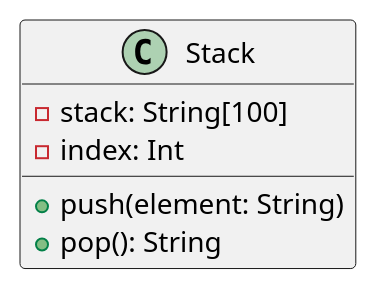
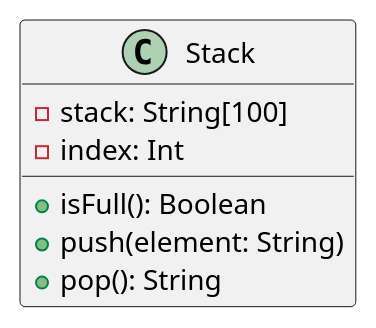
One commit to hslu-students/ad-exercises changed the diagram in doc/stack-classdiagram.plantuml. Above: the diagram before and after it, drawn with PlantUML. The commit also changed 2 other files, not shown here.

```diff
--- a/doc/stack-classdiagram.plantuml
+++ b/doc/stack-classdiagram.plantuml
@@ -1,11 +1,12 @@
 @startuml
 
 ' class definitions
 class Stack {
   -stack: String[100]
   -index: Int
+  +isFull(): Boolean
   +push(element: String)
   +pop(): String
 }
 
 @enduml
```
